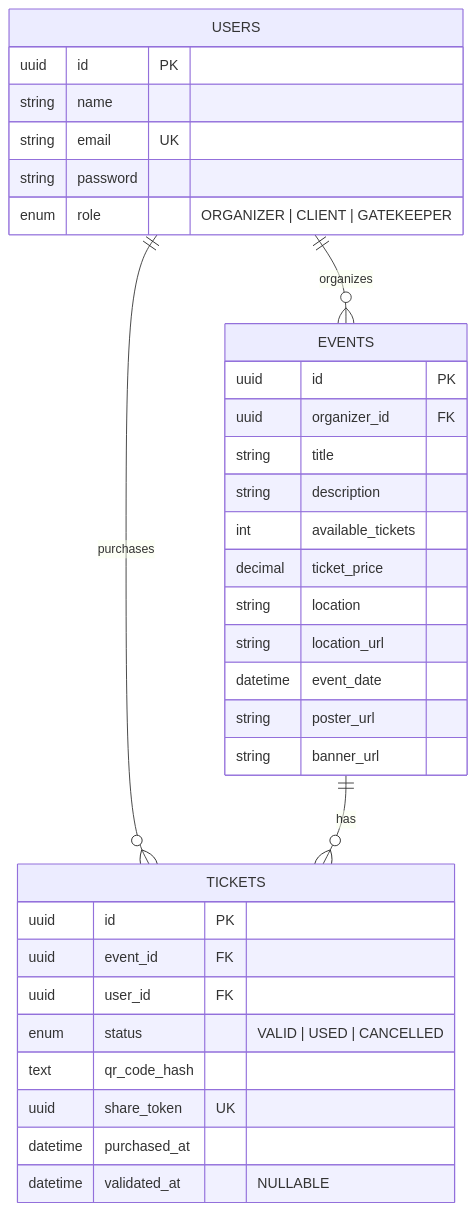
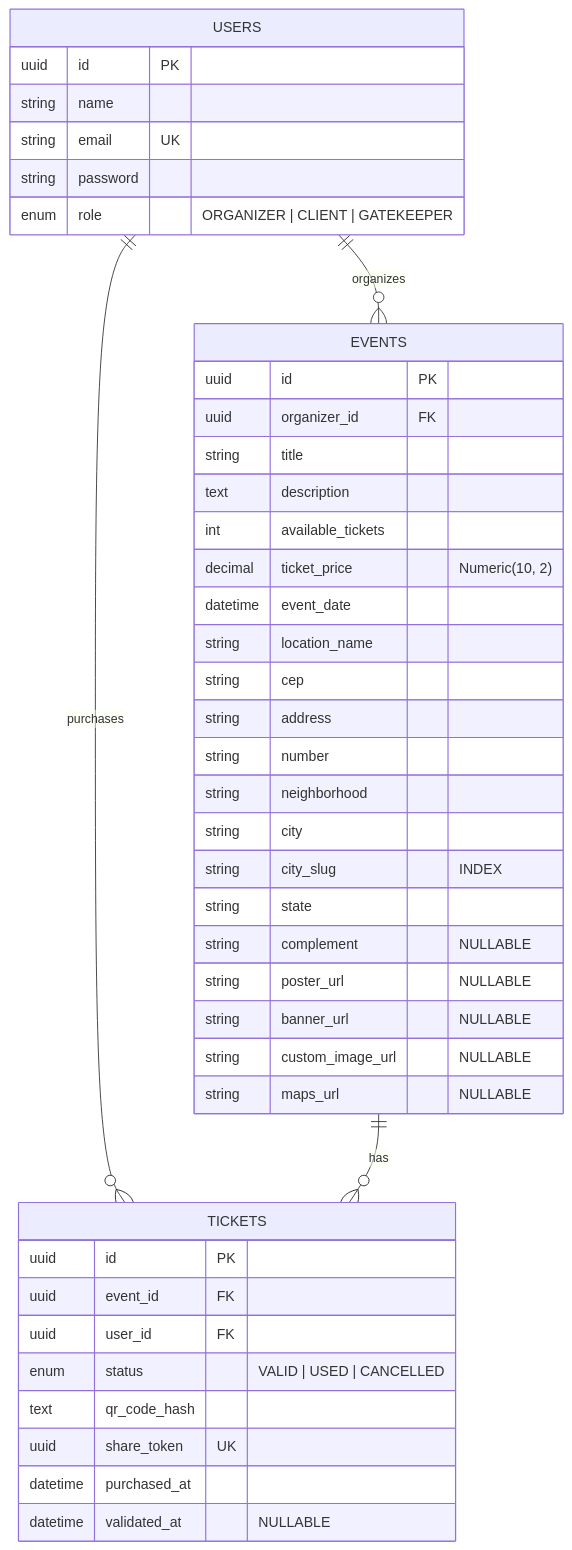
The diagram in docs/especificacoes.md (uallace-macedo/vzticket), drawn with Mermaid before and after one commit. The commit also changed 2 other files, not shown here.

Commit message:
feat(events): improve location mapping

````diff
--- a/docs/especificacoes.md
+++ b/docs/especificacoes.md
@@ -40,39 +40,48 @@
 ```mermaid
 erDiagram
   USERS ||--o{ EVENTS : "organizes"
   USERS ||--o{ TICKETS : "purchases"
   EVENTS ||--o{ TICKETS : "has"
 
   USERS {
     uuid id PK
     string name
     string email UK
     string password
     enum role "ORGANIZER | CLIENT | GATEKEEPER"
   }
 
   EVENTS {
     uuid id PK
     uuid organizer_id FK
     string title
-    string description
+    text description
     int available_tickets
-    decimal ticket_price
-    string location
-    string location_url
+    decimal ticket_price "Numeric(10, 2)"
     datetime event_date
-    string poster_url
-    string banner_url
+    string location_name
+    string cep
+    string address
+    string number
+    string neighborhood
+    string city
+    string city_slug "INDEX"
+    string state
+    string complement "NULLABLE"
+    string poster_url "NULLABLE"
+    string banner_url "NULLABLE"
+    string custom_image_url "NULLABLE"
+    string maps_url "NULLABLE"
   }
 
   TICKETS {
     uuid id PK
     uuid event_id FK
     uuid user_id FK
     enum status "VALID | USED | CANCELLED"
     text qr_code_hash
     uuid share_token UK
     datetime purchased_at
     datetime validated_at "NULLABLE"
   }
 ```
````
